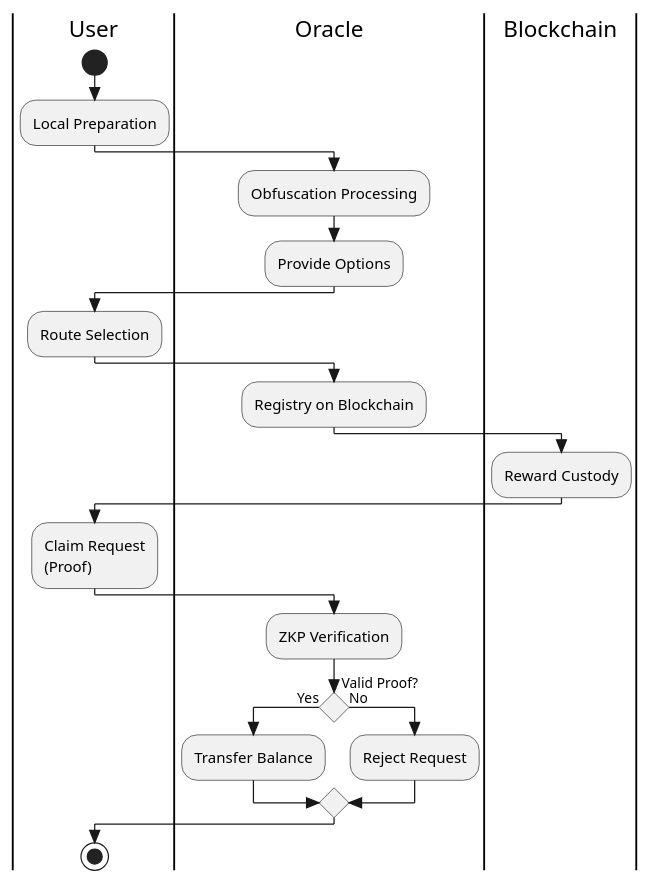
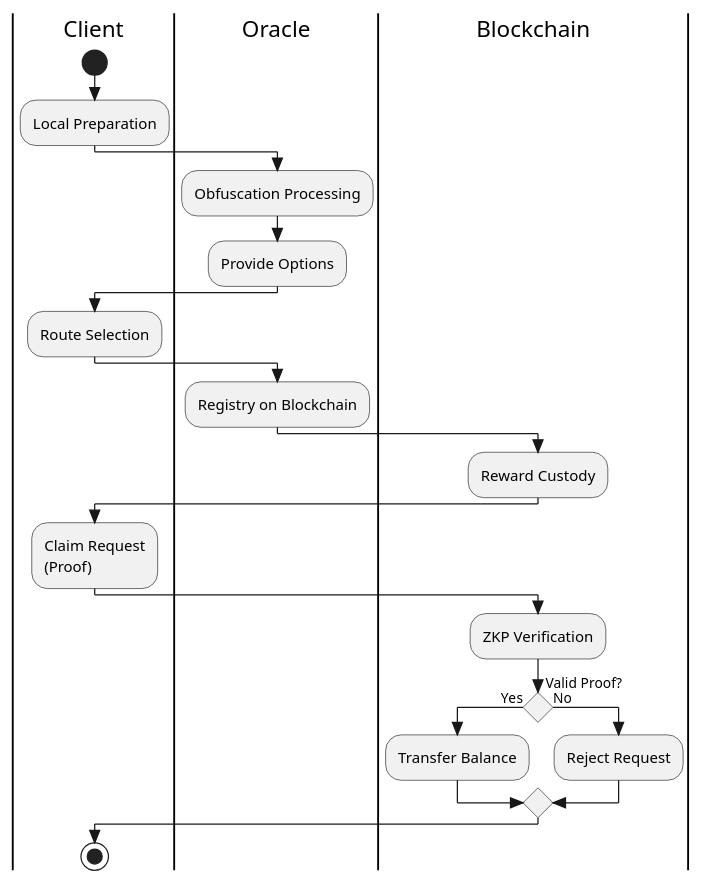
The diagram in contracts/privacy/DIAGRAMAS/diagramas/diagrama-atividade-offset-cenario3.puml (Victor07july/besu-blockchain-inmetro), drawn with PlantUML before and after one commit. The commit also changed 641 other files, not shown here.

```diff
--- a/contracts/privacy/DIAGRAMAS/diagramas/diagrama-atividade-offset-cenario3.puml
+++ b/contracts/privacy/DIAGRAMAS/diagramas/diagrama-atividade-offset-cenario3.puml
@@ -1,37 +1,29 @@
 @startuml
 skinparam conditionStyle diamond
 skinparam style strictuml
-
-|User|
+|Client|
 start
 :Local Preparation;
-
 |Oracle|
 :Obfuscation Processing;
 :Provide Options;
-
-|User|
+|Client|
 :Route Selection;
-
 |Oracle|
 :Registry on Blockchain;
-
 |Blockchain|
 :Reward Custody;
-
-|User|
+|Client|
 :Claim Request\n(Proof);
-
-|Oracle|
+|Blockchain|
 :ZKP Verification;
 if (Valid Proof?) then (Yes)
-    |Oracle|
+    |Blockchain|
     :Transfer Balance;
 else (No)
-    |Oracle|
+    |Blockchain|
     :Reject Request;
 endif
-
-|User|
+|Client|
 stop
 @enduml
```
